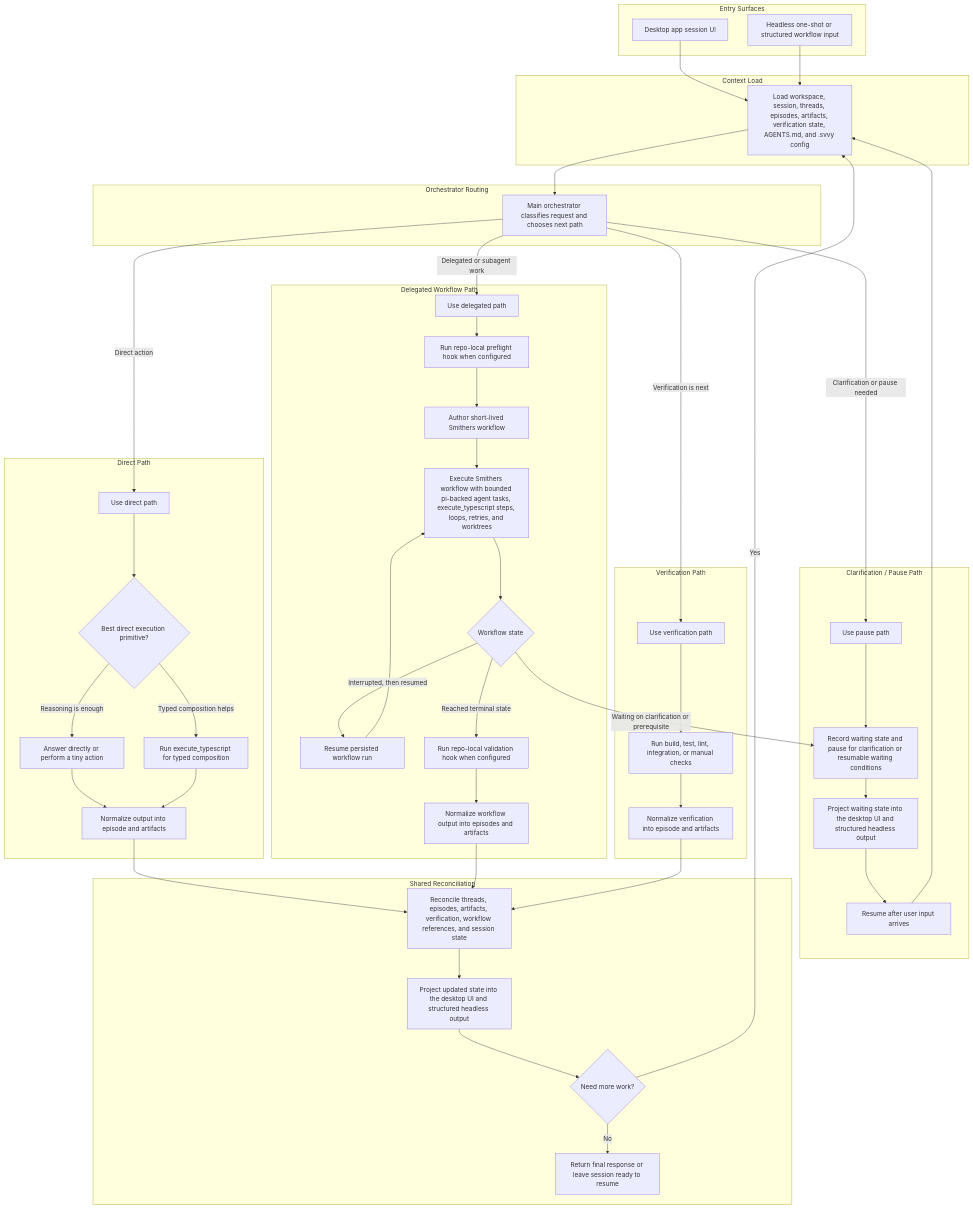
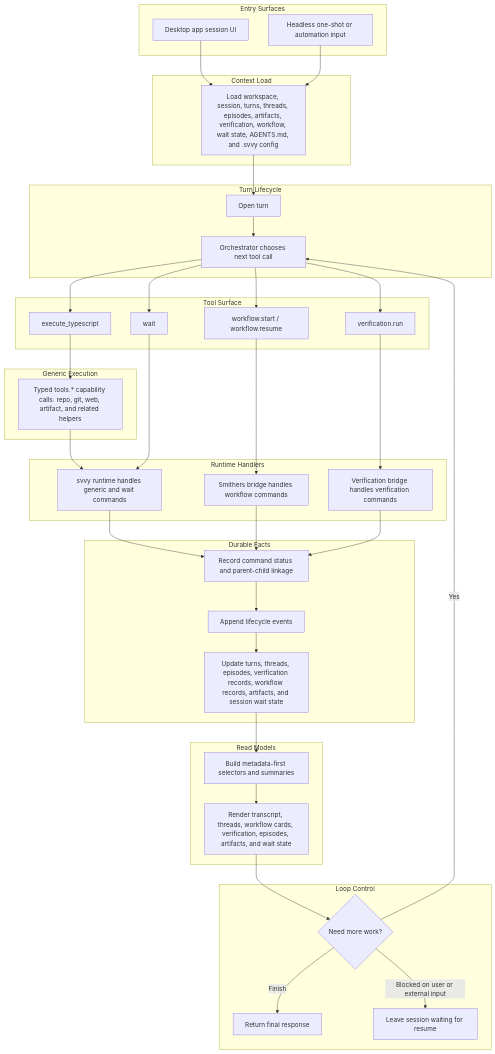
Before and after one commit to 0xpolarzero/hellm: the diagram in docs/execution-model.md, drawn with Mermaid. The commit also changed other lines of this file and 8 other files, not shown here.

Commit message:
docs: refactor command execution model

````diff
--- a/docs/execution-model.md
+++ b/docs/execution-model.md
@@ -8,95 +16,79 @@
 flowchart TD
     subgraph Entry["Entry Surfaces"]
         Desktop["Desktop app session UI"]
-        Headless["Headless one-shot or structured workflow input"]
+        Headless["Headless one-shot or automation input"]
     end
 
     subgraph Context["Context Load"]
-        Load["Load workspace, session, threads, episodes, artifacts, verification state, AGENTS.md, and .svvy config"]
+        Load["Load workspace, session, turns, threads, episodes, artifacts, verification, workflow, wait state, AGENTS.md, and .svvy config"]
     end
 
-    subgraph Routing["Orchestrator Routing"]
-        Route["Main orchestrator classifies request and chooses next path"]
+    subgraph Turn["Turn Lifecycle"]
+        OpenTurn["Open turn"]
+        Decide["Orchestrator chooses next tool call"]
     end
 
-    subgraph Direct["Direct Path"]
-        DirectStart["Use direct path"]
-        DirectChoice{"Best direct execution primitive?"}
-        DirectReason["Answer directly or perform a tiny action"]
-        DirectCode["Run execute_typescript for typed composition"]
-        DirectEpisode["Normalize output into episode and artifacts"]
+    subgraph Tools["Tool Surface"]
+        Generic["execute_typescript"]
+        Workflow["workflow.start / workflow.resume"]
+        Verify["verification.run"]
+        Wait["wait"]
     end
 
-    subgraph Delegated["Delegated Workflow Path"]
-        DelegatedStart["Use delegated path"]
-        Preflight["Run repo-local preflight hook when configured"]
-        Author["Author short-lived Smithers workflow"]
-        WorkflowRun["Execute Smithers workflow with bounded pi-backed agent tasks, execute_typescript steps, loops, retries, and worktrees"]
-        WorkflowState{"Workflow state"}
-        Resume["Resume persisted workflow run"]
-        Validation["Run repo-local validation hook when configured"]
-        WorkflowEpisode["Normalize workflow output into episodes and artifacts"]
+    subgraph GenericExec["Generic Execution"]
+        GenericTools["Typed tools.* capability calls: repo, git, web, artifact, and related helpers"]
     end
 
-    subgraph Verification["Verification Path"]
-        VerificationStart["Use verification path"]
-        VerificationRun["Run build, test, lint, integration, or manual checks"]
-        VerificationEpisode["Normalize verification into episode and artifacts"]
+    subgraph Handlers["Runtime Handlers"]
+        RuntimeHandler["svvy runtime handles generic and wait commands"]
+        SmithersHandler["Smithers bridge handles workflow commands"]
+        VerificationHandler["Verification bridge handles verification commands"]
     end
 
-    subgraph Pause["Clarification / Pause Path"]
-        PauseStart["Use pause path"]
-        Wait["Record waiting state and pause for clarification or resumable waiting conditions"]
-        PauseProject["Project waiting state into the desktop UI and structured headless output"]
-        ResumeAfterInput["Resume after user input arrives"]
+    subgraph Facts["Durable Facts"]
+        Commands["Record command status and parent-child linkage"]
+        Events["Append lifecycle events"]
+        State["Update turns, threads, episodes, verification records, workflow records, artifacts, and session wait state"]
     end
 
-    subgraph Reconcile["Shared Reconciliation"]
-        ReconcileState["Reconcile threads, episodes, artifacts, verification, workflow references, and session state"]
-        Project["Project updated state into the desktop UI and structured headless output"]
-        Done{"Need more work?"}
-        Finish["Return final response or leave session ready to resume"]
+    subgraph ReadModels["Read Models"]
+        Selectors["Build metadata-first selectors and summaries"]
+        UI["Render transcript, threads, workflow cards, verification, episodes, artifacts, and wait state"]
+    end
+
+    subgraph Loop["Loop Control"]
+        More{"Need more work?"}
+        Finish["Return final response"]
+        Pause["Leave session waiting for resume"]
     end
 
     Desktop --> Load
     Headless --> Load
-    Load --> Route
+    Load --> OpenTurn
+    OpenTurn --> Decide
 
-    Route -->|Direct action| DirectStart
-    Route -->|Delegated or subagent work| DelegatedStart
-    Route -->|Verification is next| VerificationStart
-    Route -->|Clarification or pause needed| PauseStart
+    Decide --> Generic
+    Decide --> Workflow
+    Decide --> Verify
+    Decide --> Wait
 
-    DirectStart --> DirectChoice
-    DirectChoice -->|Reasoning is enough| DirectReason
-    DirectChoice -->|Typed composition helps| DirectCode
-    DirectReason --> DirectEpisode
-    DirectCode --> DirectEpisode
+    Generic --> GenericTools
+    GenericTools --> RuntimeHandler
+    Workflow --> SmithersHandler
+    Verify --> VerificationHandler
+    Wait --> RuntimeHandler
 
-    DelegatedStart --> Preflight
-    Preflight --> Author
-    Author --> WorkflowRun
-    WorkflowRun --> WorkflowState
-    WorkflowState -->|Waiting on clarification or prerequisite| Wait
-    WorkflowState -->|Interrupted, then resumed| Resume
-    Resume --> WorkflowRun
-    WorkflowState -->|Reached terminal state| Validation
-    Validation --> WorkflowEpisode
+    RuntimeHandler --> Commands
+    SmithersHandler --> Commands
+    VerificationHandler --> Commands
 
-    VerificationStart --> VerificationRun
-    VerificationRun --> VerificationEpisode
+    Commands --> Events
+    Events --> State
+    State --> Selectors
+    Selectors --> UI
+    UI --> More
 
-    PauseStart --> Wait
-    Wait --> PauseProject
-    PauseProject --> ResumeAfterInput
-    ResumeAfterInput --> Load
-
-    DirectEpisode --> ReconcileState
-    WorkflowEpisode --> ReconcileState
-    VerificationEpisode --> ReconcileState
-
-    ReconcileState --> Project
-    Project --> Done
-    Done -->|Yes| Load
-    Done -->|No| Finish
+    More -->|Yes| Decide
+    More -->|Finish| Finish
+    More -->|Blocked on user or external input| Pause
 ```
````
